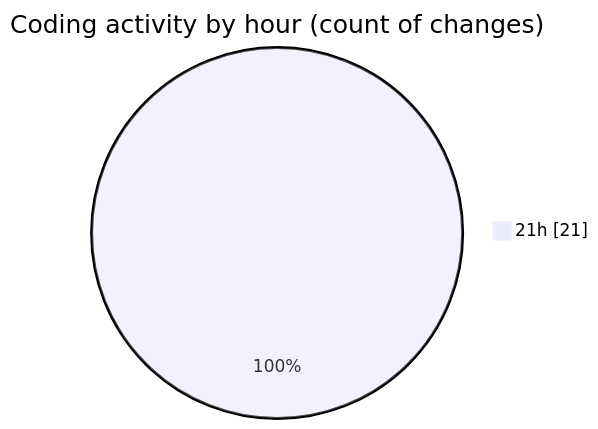
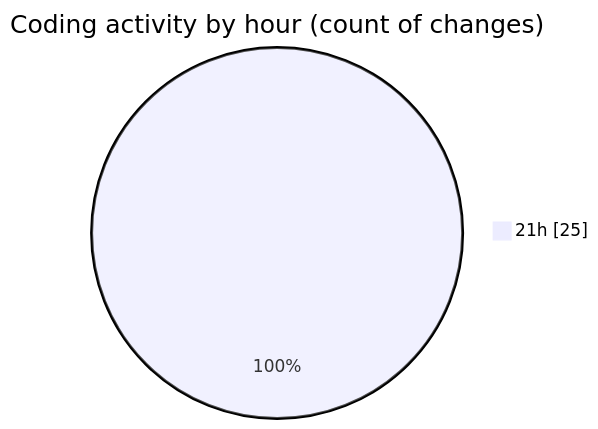
The second of 2 diagrams in 2025-10-15/scopecraft/README.md (Ritupan-Deka/code-tracking), drawn with Mermaid before and after one commit. The commit also changed other lines of this file and 1 other file, not shown here.

````diff
--- a/2025-10-15/scopecraft/README.md
+++ b/2025-10-15/scopecraft/README.md
@@ -29,5 +30,5 @@
 ```mermaid
 pie showData
 title Coding activity by hour (count of changes)
-"21h" : 21
+"21h" : 25
 ```
````
